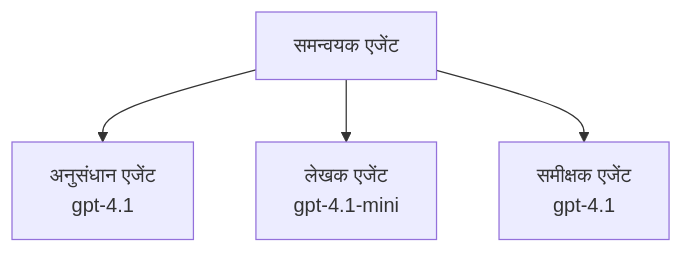
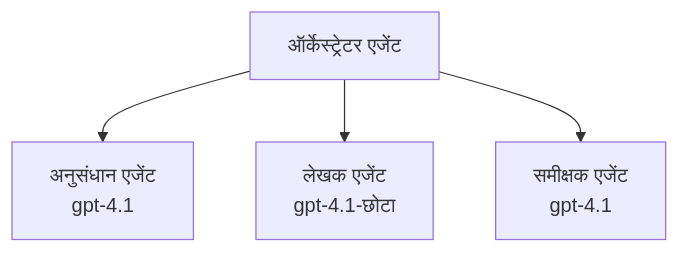
Before and after one commit to microsoft/AZD-for-beginners: the third of 3 diagrams in translations/hi/docs/chapter-02-ai-development/agents.md, drawn with Mermaid. The commit also changed other lines of this file and 101 other files, not shown here.

````diff
--- a/translations/hi/docs/chapter-02-ai-development/agents.md
+++ b/translations/hi/docs/chapter-02-ai-development/agents.md
@@ -189,6 +194,6 @@
 ```mermaid
 graph TD
-    Orchestrator[समन्वयक एजेंट] --> Research[अनुसंधान एजेंट<br/>gpt-4.1]
-    Orchestrator --> Writer[लेखक एजेंट<br/>gpt-4.1-mini]
+    Orchestrator[ऑर्केस्ट्रेटर एजेंट] --> Research[अनुसंधान एजेंट<br/>gpt-4.1]
+    Orchestrator --> Writer[लेखक एजेंट<br/>gpt-4.1-छोटा]
     Orchestrator --> Reviewer[समीक्षक एजेंट<br/>gpt-4.1]
 ```
````
